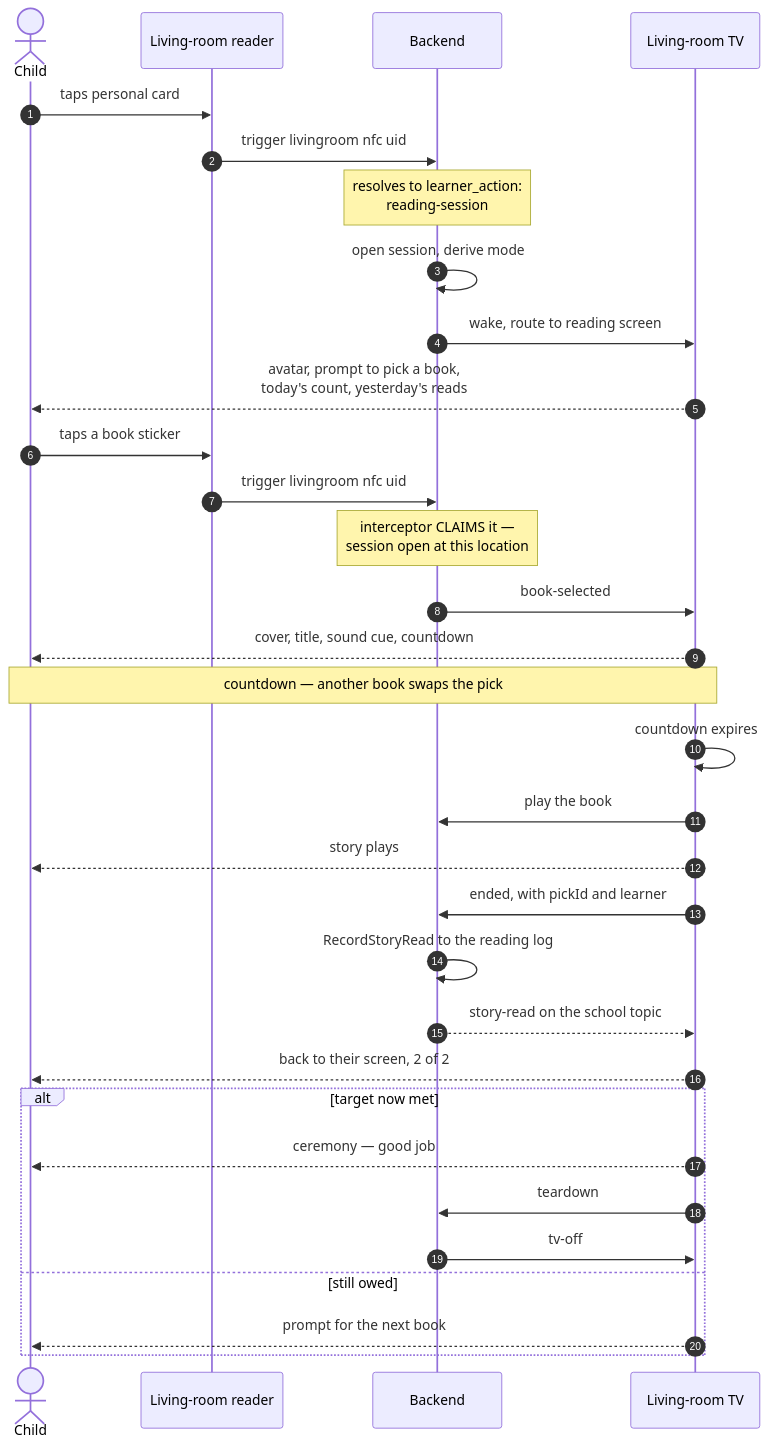
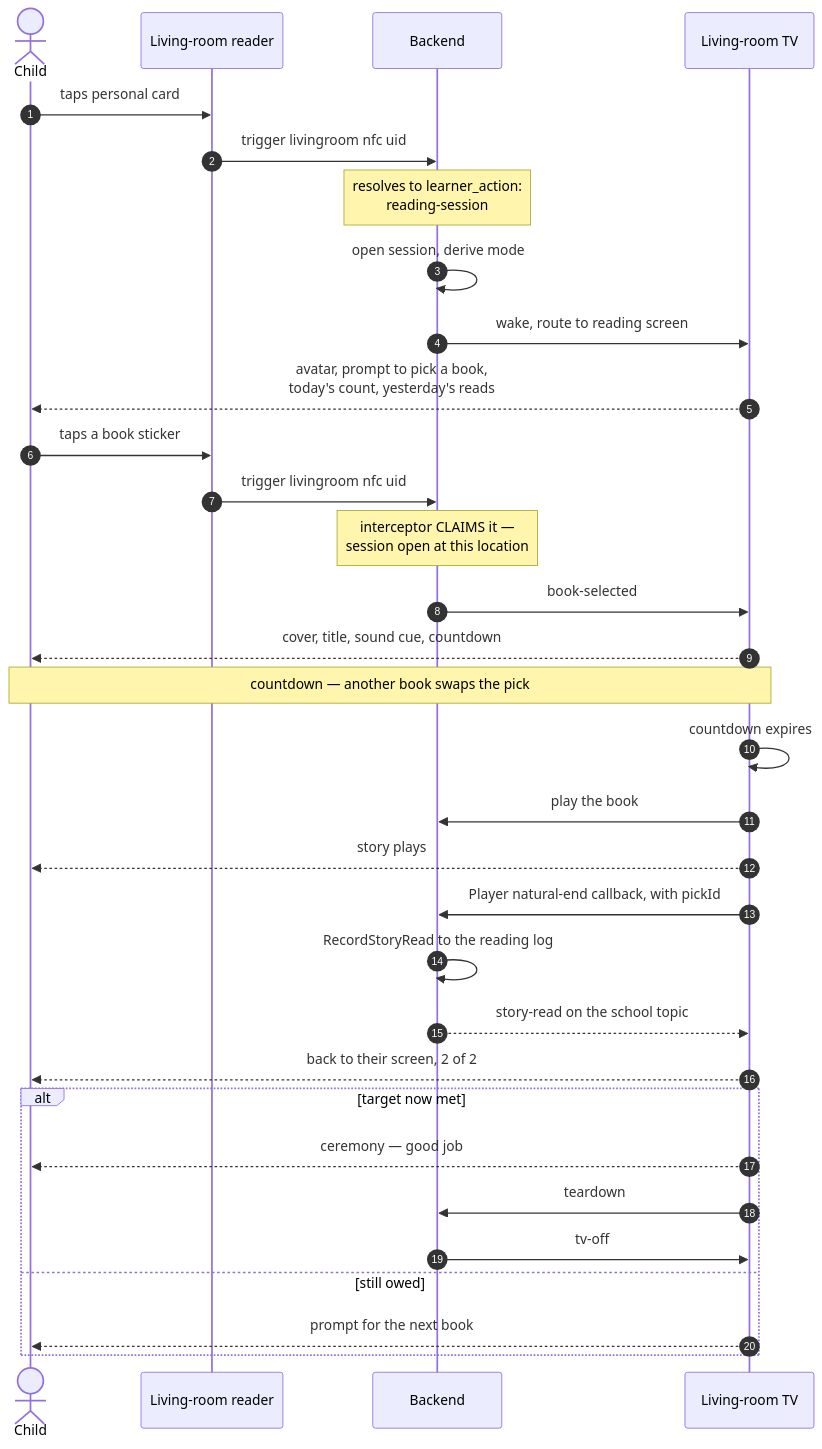
One commit to kckern/DaylightStation changed the first of 6 diagrams in docs/reference/school/reading-sessions.md. Above: the diagram before and after it, drawn with Mermaid. The commit also changed other lines of this file and 33 other files, not shown here.

````diff
--- a/docs/reference/school/reading-sessions.md
+++ b/docs/reference/school/reading-sessions.md
@@ -111,40 +111,40 @@
 ```mermaid
 sequenceDiagram
     autonumber
     actor K as Child
     participant R as Living-room reader
     participant B as Backend
     participant TV as Living-room TV
 
     K->>R: taps personal card
     R->>B: trigger livingroom nfc uid
     Note over B: resolves to learner_action:<br/>reading-session
     B->>B: open session, derive mode
     B->>TV: wake, route to reading screen
     TV-->>K: avatar, prompt to pick a book,<br/>today's count, yesterday's reads
 
     K->>R: taps a book sticker
     R->>B: trigger livingroom nfc uid
     Note over B: interceptor CLAIMS it —<br/>session open at this location
     B->>TV: book-selected
     TV-->>K: cover, title, sound cue, countdown
 
     Note over K,TV: countdown — another book swaps the pick
 
     TV->>TV: countdown expires
     TV->>B: play the book
     TV-->>K: story plays
 
-    TV->>B: ended, with pickId and learner
+    TV->>B: Player natural-end callback, with pickId
     B->>B: RecordStoryRead to the reading log
     B-->>TV: story-read on the school topic
     TV-->>K: back to their screen, 2 of 2
 
     alt target now met
         TV-->>K: ceremony — good job
         TV->>B: teardown
         B->>TV: tv-off
     else still owed
         TV-->>K: prompt for the next book
     end
 ```
````
